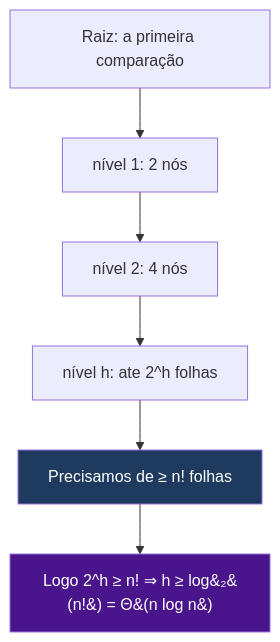
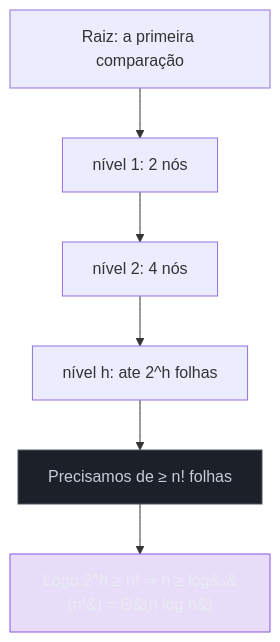
The fourth of 6 diagrams in 03-Dominios/Ciência/Algoritmos/07 - Ordenação.md (josenaldo/codex-technomanticus), drawn with Mermaid before and after one commit. The commit also changed other lines of this file and 1181 other files, not shown here.

First line of the commit message:
fix(diagramas): paleta do sistema no lugar de cor cravada no markdown

````diff
--- a/03-Dominios/Ciência/Algoritmos/07 - Ordenação.md
+++ b/03-Dominios/Ciência/Algoritmos/07 - Ordenação.md
@@ -203,11 +208,13 @@
 ```mermaid
 graph TB
+    classDef marca fill:#8855DF33,stroke:#8855DF,color:#E9ECF2
+    classDef neutro fill:#1B2029,stroke:#4E5666,color:#C6CCD8
     raiz["Raiz: a primeira comparação"] --> n1["nível 1: 2 nós"]
     n1 --> n2["nível 2: 4 nós"]
     n2 --> n3["nível h: ate 2^h folhas"]
     n3 --> req["Precisamos de &ge; n! folhas"]
     req --> conc["Logo 2^h &ge; n! &rArr; h &ge; log&#8322;&#40;n!&#41; = &Theta;&#40;n log n&#41;"]
 
-    style conc fill:#4a148c,color:#fff
-    style req fill:#1e3a5f,color:#fff
+    class conc marca
+    class req neutro
 ```
````
